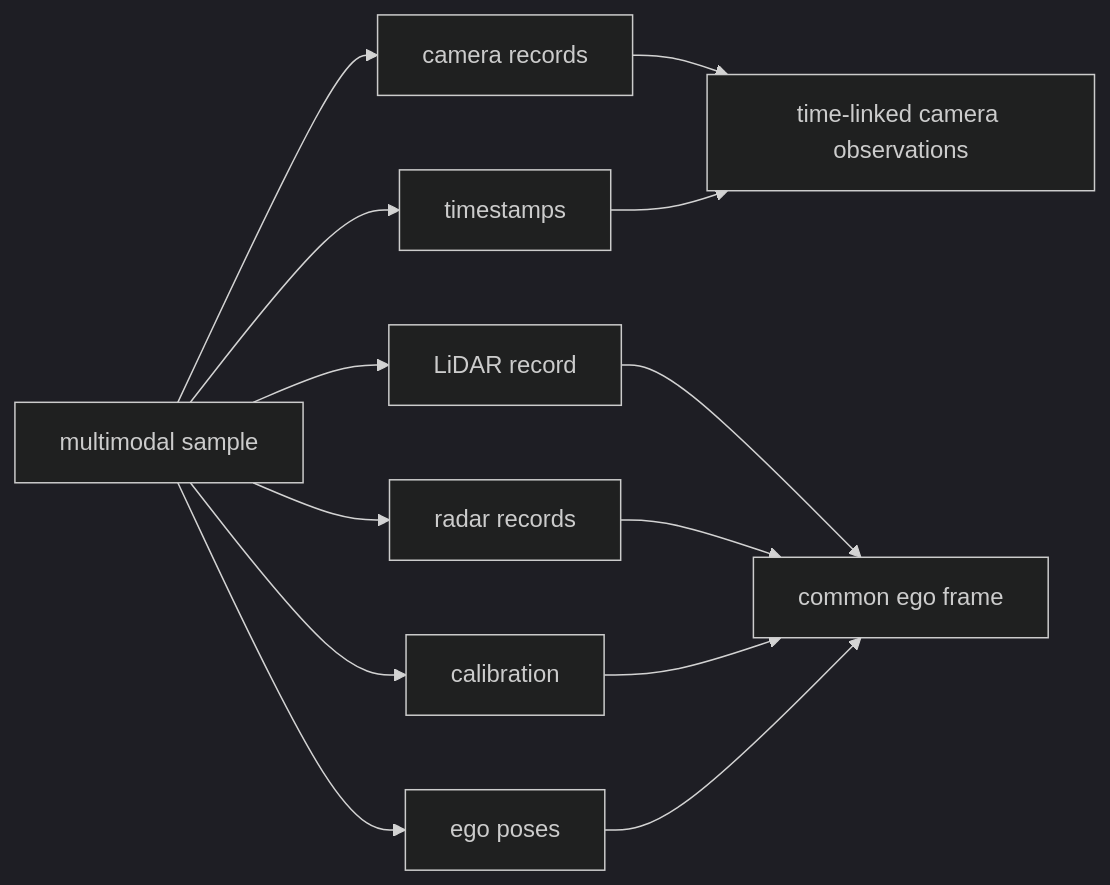
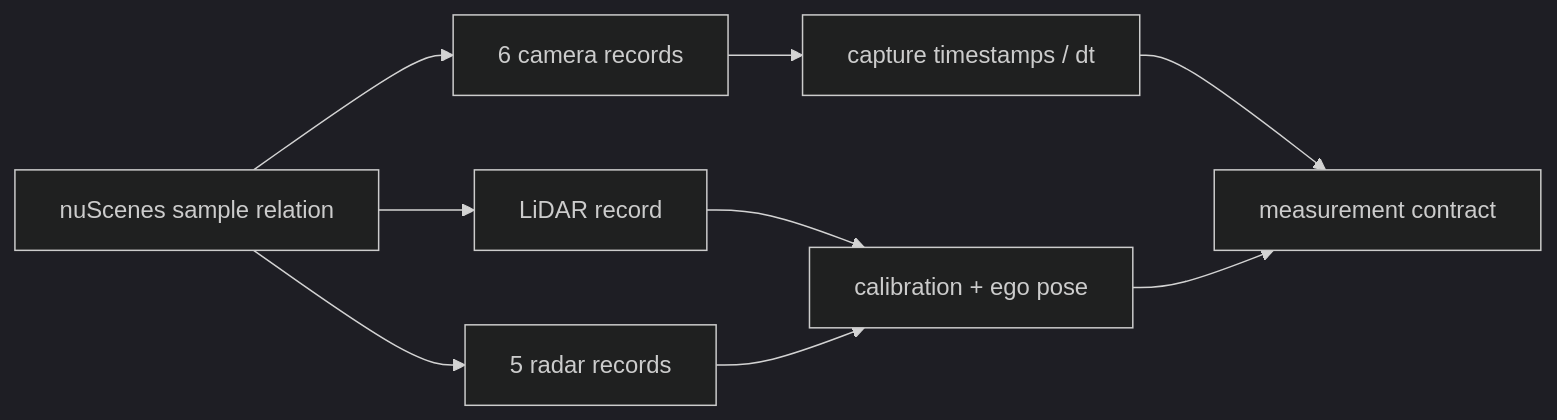
Before and after one commit to abhishekkumardwivedi/abhishekkumardwivedi.github.io: the first of 2 diagrams in src/content/docs/articles/nuscenes-autonomy-pipeline.md, drawn with Mermaid (dark theme). The commit also changed other lines of this file and 14 other files, not shown here.

````diff
--- a/src/content/docs/articles/nuscenes-autonomy-pipeline.md
+++ b/src/content/docs/articles/nuscenes-autonomy-pipeline.md
@@ -42,15 +47,11 @@
 ```mermaid
 flowchart LR
-    A["multimodal sample"] --> B["camera records"]
-    A --> C["LiDAR record"]
-    A --> D["radar records"]
-    A --> E["timestamps"]
-    A --> F["calibration"]
-    A --> G["ego poses"]
-    C --> H["common ego frame"]
-    D --> H
-    F --> H
-    G --> H
-    B --> I["time-linked camera observations"]
-    E --> I
+    S["nuScenes sample relation"] --> C["6 camera records"]
+    S --> L["LiDAR record"]
+    S --> R["5 radar records"]
+    C --> T["capture timestamps / dt"]
+    L --> G["calibration + ego pose"]
+    R --> G
+    T --> K["measurement contract"]
+    G --> K
 ```
````
